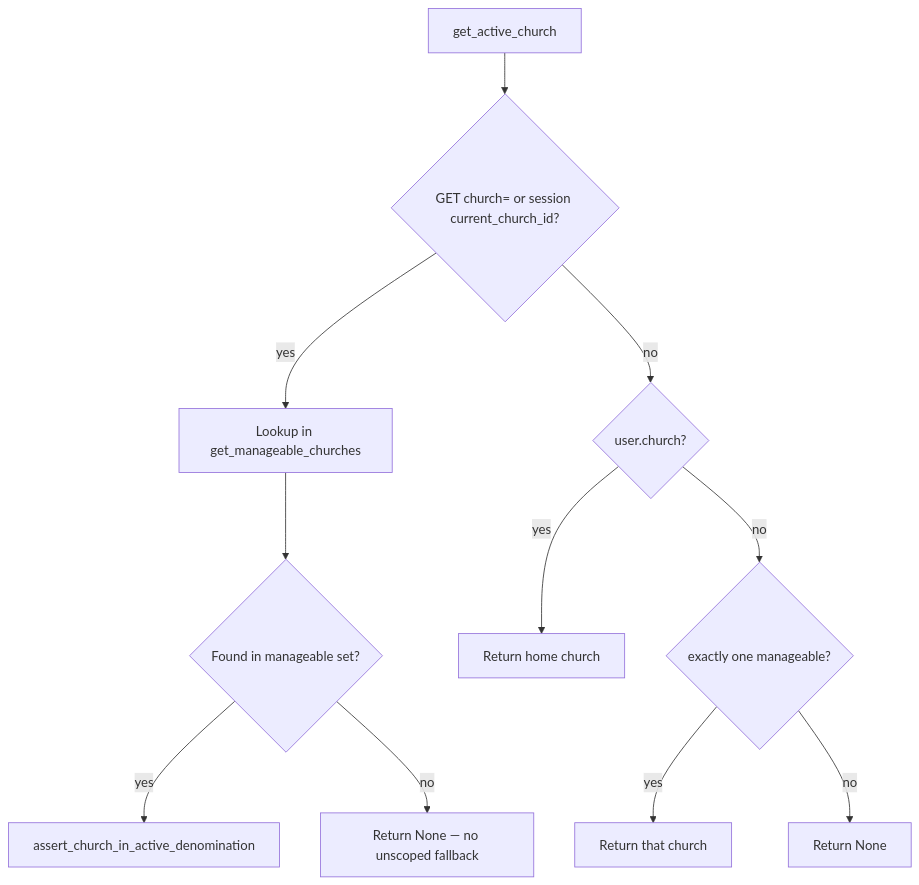
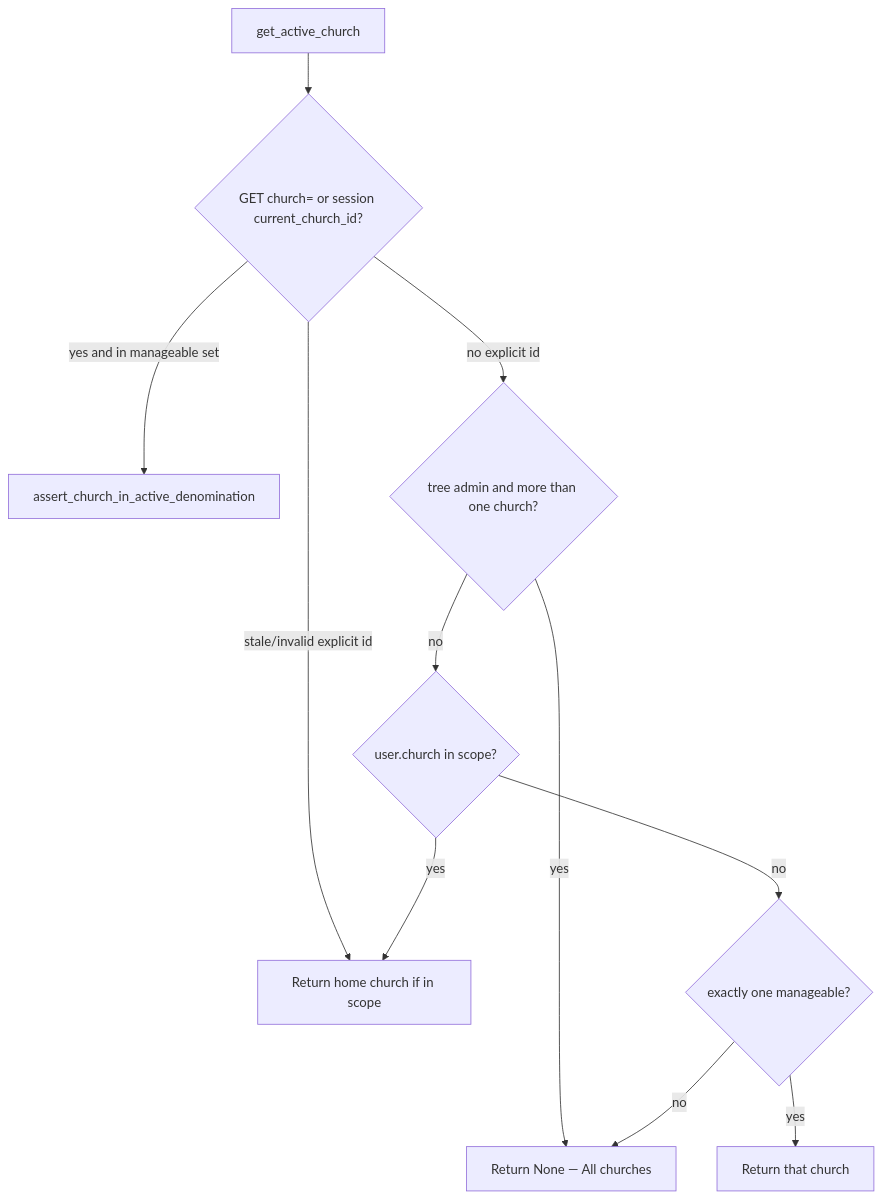
Before and after one commit to abrahamthompson46-alt/churchhub: the second of 4 diagrams in docs/ARCHITECTURE/MULTI_TENANCY.md, drawn with Mermaid. The commit also changed other lines of this file and 22 other files, not shown here.

First line of the commit message:
fix(dashboard): align church, subtree, and finance home surfaces

````diff
--- a/docs/ARCHITECTURE/MULTI_TENANCY.md
+++ b/docs/ARCHITECTURE/MULTI_TENANCY.md
@@ -94,13 +94,13 @@
 ```mermaid
 flowchart TD
   A[get_active_church] --> B{GET church= or session current_church_id?}
-  B -->|yes| C[Lookup in get_manageable_churches]
-  C --> D{Found in manageable set?}
-  D -->|yes| E[assert_church_in_active_denomination]
-  D -->|no| F[Return None — no unscoped fallback]
-  B -->|no| G{user.church?}
-  G -->|yes| H[Return home church]
+  B -->|yes and in manageable set| E[assert_church_in_active_denomination]
+  B -->|stale/invalid explicit id| H[Return home church if in scope]
+  B -->|no explicit id| T{tree admin and more than one church?}
+  T -->|yes| K[Return None — All churches]
+  T -->|no| G{user.church in scope?}
+  G -->|yes| H
   G -->|no| I{exactly one manageable?}
   I -->|yes| J[Return that church]
-  I -->|no| K[Return None]
+  I -->|no| K
 ```
````
